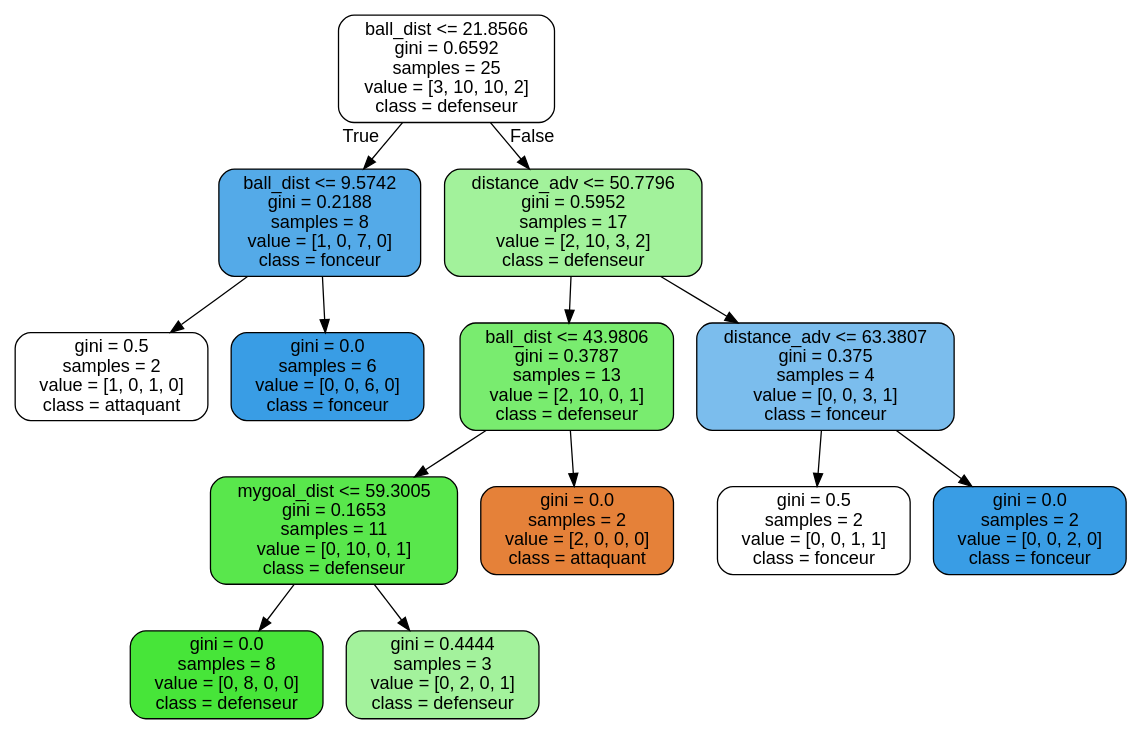
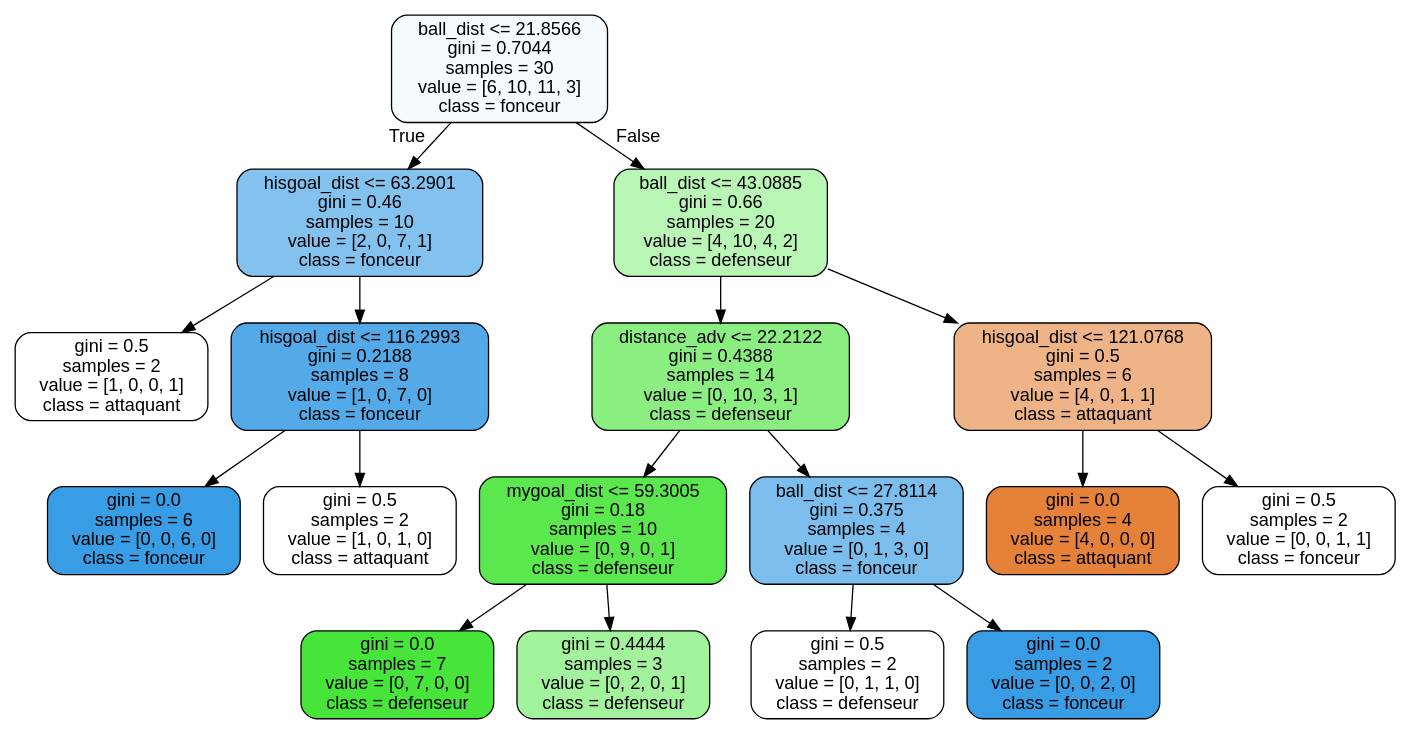
One commit to Kabegami/Projet-foot changed the diagram in train.dot. Above: the diagram before and after it, drawn with Graphviz. The commit also changed 19 other files, not shown here.

```diff
--- a/train.dot
+++ b/train.dot
@@ -1,29 +1,37 @@
 digraph Tree {
 node [shape=box, style="filled, rounded", color="black", fontname=helvetica] ;
 edge [fontname=helvetica] ;
-0 [label="ball_dist <= 21.8566\ngini = 0.6592\nsamples = 25\nvalue = [3, 10, 10, 2]\nclass = defenseur", fillcolor="#47e53900"] ;
-1 [label="ball_dist <= 9.5742\ngini = 0.2188\nsamples = 8\nvalue = [1, 0, 7, 0]\nclass = fonceur", fillcolor="#399de5db"] ;
+0 [label="ball_dist <= 21.8566\ngini = 0.7044\nsamples = 30\nvalue = [6, 10, 11, 3]\nclass = fonceur", fillcolor="#399de50d"] ;
+1 [label="hisgoal_dist <= 63.2901\ngini = 0.46\nsamples = 10\nvalue = [2, 0, 7, 1]\nclass = fonceur", fillcolor="#399de59f"] ;
 0 -> 1 [labeldistance=2.5, labelangle=45, headlabel="True"] ;
-2 [label="gini = 0.5\nsamples = 2\nvalue = [1, 0, 1, 0]\nclass = attaquant", fillcolor="#e5813900"] ;
+2 [label="gini = 0.5\nsamples = 2\nvalue = [1, 0, 0, 1]\nclass = attaquant", fillcolor="#e5813900"] ;
 1 -> 2 ;
-3 [label="gini = 0.0\nsamples = 6\nvalue = [0, 0, 6, 0]\nclass = fonceur", fillcolor="#399de5ff"] ;
+3 [label="hisgoal_dist <= 116.2993\ngini = 0.2188\nsamples = 8\nvalue = [1, 0, 7, 0]\nclass = fonceur", fillcolor="#399de5db"] ;
 1 -> 3 ;
-4 [label="distance_adv <= 50.7796\ngini = 0.5952\nsamples = 17\nvalue = [2, 10, 3, 2]\nclass = defenseur", fillcolor="#47e53980"] ;
-0 -> 4 [labeldistance=2.5, labelangle=-45, headlabel="False"] ;
-5 [label="ball_dist <= 43.9806\ngini = 0.3787\nsamples = 13\nvalue = [2, 10, 0, 1]\nclass = defenseur", fillcolor="#47e539b9"] ;
-4 -> 5 ;
-6 [label="mygoal_dist <= 59.3005\ngini = 0.1653\nsamples = 11\nvalue = [0, 10, 0, 1]\nclass = defenseur", fillcolor="#47e539e6"] ;
-5 -> 6 ;
-7 [label="gini = 0.0\nsamples = 8\nvalue = [0, 8, 0, 0]\nclass = defenseur", fillcolor="#47e539ff"] ;
+4 [label="gini = 0.0\nsamples = 6\nvalue = [0, 0, 6, 0]\nclass = fonceur", fillcolor="#399de5ff"] ;
+3 -> 4 ;
+5 [label="gini = 0.5\nsamples = 2\nvalue = [1, 0, 1, 0]\nclass = attaquant", fillcolor="#e5813900"] ;
+3 -> 5 ;
+6 [label="ball_dist <= 43.0885\ngini = 0.66\nsamples = 20\nvalue = [4, 10, 4, 2]\nclass = defenseur", fillcolor="#47e53960"] ;
+0 -> 6 [labeldistance=2.5, labelangle=-45, headlabel="False"] ;
+7 [label="distance_adv <= 22.2122\ngini = 0.4388\nsamples = 14\nvalue = [0, 10, 3, 1]\nclass = defenseur", fillcolor="#47e539a2"] ;
 6 -> 7 ;
-8 [label="gini = 0.4444\nsamples = 3\nvalue = [0, 2, 0, 1]\nclass = defenseur", fillcolor="#47e5397f"] ;
-6 -> 8 ;
-9 [label="gini = 0.0\nsamples = 2\nvalue = [2, 0, 0, 0]\nclass = attaquant", fillcolor="#e58139ff"] ;
-5 -> 9 ;
-10 [label="distance_adv <= 63.3807\ngini = 0.375\nsamples = 4\nvalue = [0, 0, 3, 1]\nclass = fonceur", fillcolor="#399de5aa"] ;
-4 -> 10 ;
-11 [label="gini = 0.5\nsamples = 2\nvalue = [0, 0, 1, 1]\nclass = fonceur", fillcolor="#399de500"] ;
-10 -> 11 ;
-12 [label="gini = 0.0\nsamples = 2\nvalue = [0, 0, 2, 0]\nclass = fonceur", fillcolor="#399de5ff"] ;
-10 -> 12 ;
+8 [label="mygoal_dist <= 59.3005\ngini = 0.18\nsamples = 10\nvalue = [0, 9, 0, 1]\nclass = defenseur", fillcolor="#47e539e3"] ;
+7 -> 8 ;
+9 [label="gini = 0.0\nsamples = 7\nvalue = [0, 7, 0, 0]\nclass = defenseur", fillcolor="#47e539ff"] ;
+8 -> 9 ;
+10 [label="gini = 0.4444\nsamples = 3\nvalue = [0, 2, 0, 1]\nclass = defenseur", fillcolor="#47e5397f"] ;
+8 -> 10 ;
+11 [label="ball_dist <= 27.8114\ngini = 0.375\nsamples = 4\nvalue = [0, 1, 3, 0]\nclass = fonceur", fillcolor="#399de5aa"] ;
+7 -> 11 ;
+12 [label="gini = 0.5\nsamples = 2\nvalue = [0, 1, 1, 0]\nclass = defenseur", fillcolor="#47e53900"] ;
+11 -> 12 ;
+13 [label="gini = 0.0\nsamples = 2\nvalue = [0, 0, 2, 0]\nclass = fonceur", fillcolor="#399de5ff"] ;
+11 -> 13 ;
+14 [label="hisgoal_dist <= 121.0768\ngini = 0.5\nsamples = 6\nvalue = [4, 0, 1, 1]\nclass = attaquant", fillcolor="#e5813999"] ;
+6 -> 14 ;
+15 [label="gini = 0.0\nsamples = 4\nvalue = [4, 0, 0, 0]\nclass = attaquant", fillcolor="#e58139ff"] ;
+14 -> 15 ;
+16 [label="gini = 0.5\nsamples = 2\nvalue = [0, 0, 1, 1]\nclass = fonceur", fillcolor="#399de500"] ;
+14 -> 16 ;
 }
```
